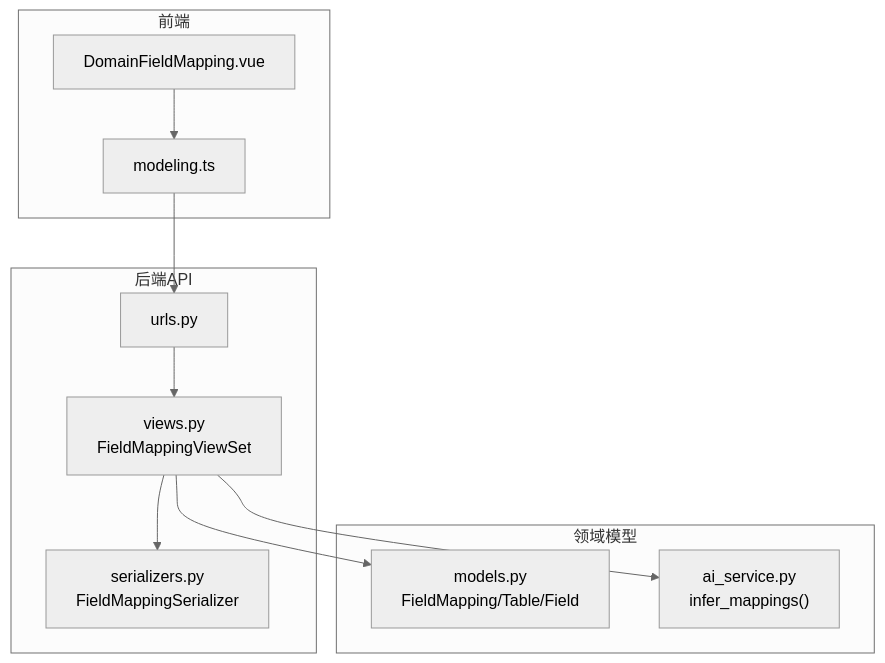
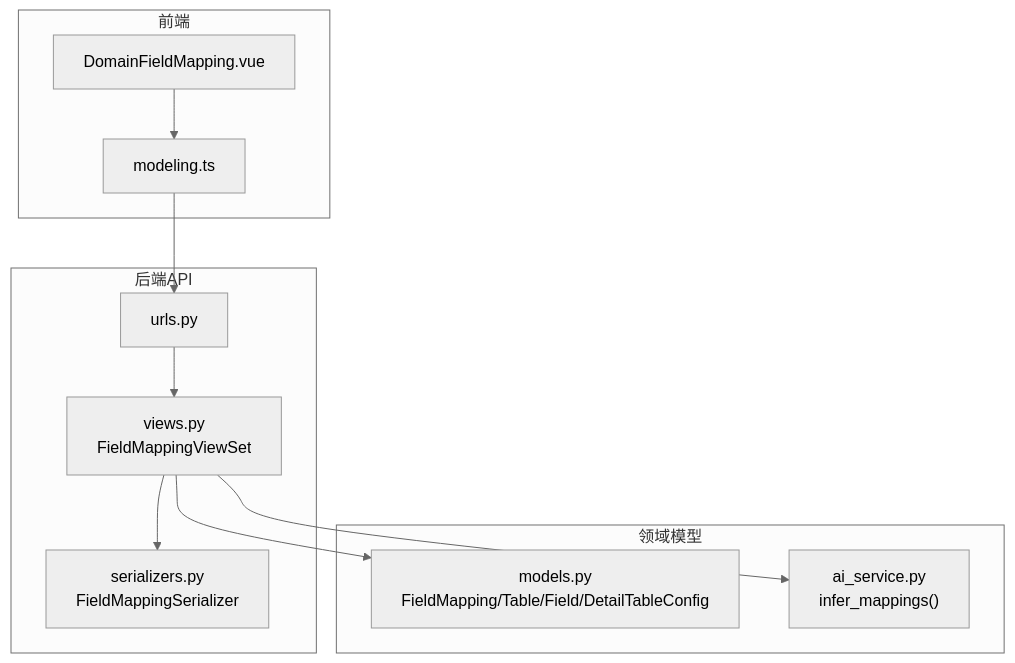
Before and after one commit to zyp-coder/Metadata: the first of 5 diagrams in .qoder/repowiki/zh/content/架构设计/数据架构/数据模型/数据建模模块模型/字段映射模型.md, drawn with Mermaid (neutral theme). The commit also changed other lines of this file and 42 other files, not shown here.

````diff
--- a/.qoder/repowiki/zh/content/架构设计/数据架构/数据模型/数据建模模块模型/字段映射模型.md
+++ b/.qoder/repowiki/zh/content/架构设计/数据架构/数据模型/数据建模模块模型/字段映射模型.md
@@ -38,22 +48,22 @@
 ```mermaid
 graph TB
 subgraph "前端"
 FE_VM["DomainFieldMapping.vue"]
 FE_API["modeling.ts"]
 end
 subgraph "后端API"
 URLS["urls.py"]
 VIEWS["views.py<br/>FieldMappingViewSet"]
 SER["serializers.py<br/>FieldMappingSerializer"]
 end
 subgraph "领域模型"
-MODELS["models.py<br/>FieldMapping/Table/Field"]
+MODELS["models.py<br/>FieldMapping/Table/Field/DetailTableConfig"]
 AI["ai_service.py<br/>infer_mappings()"]
 end
 FE_VM --> FE_API
 FE_API --> URLS
 URLS --> VIEWS
 VIEWS --> SER
 VIEWS --> MODELS
 VIEWS --> AI
 ```
````
